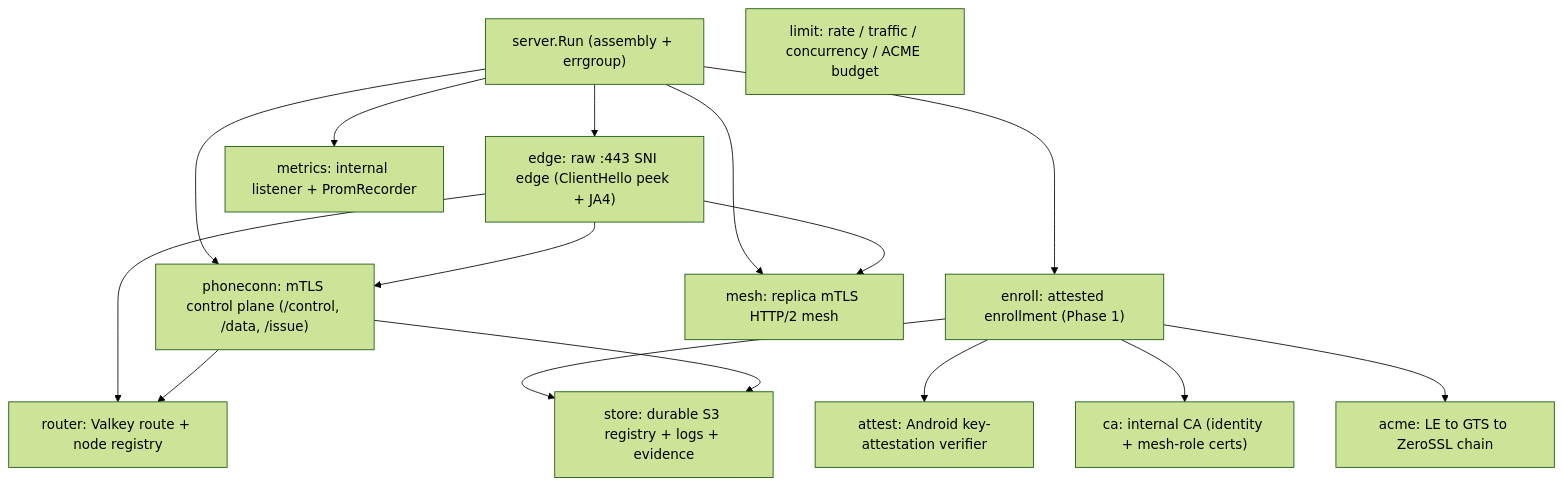
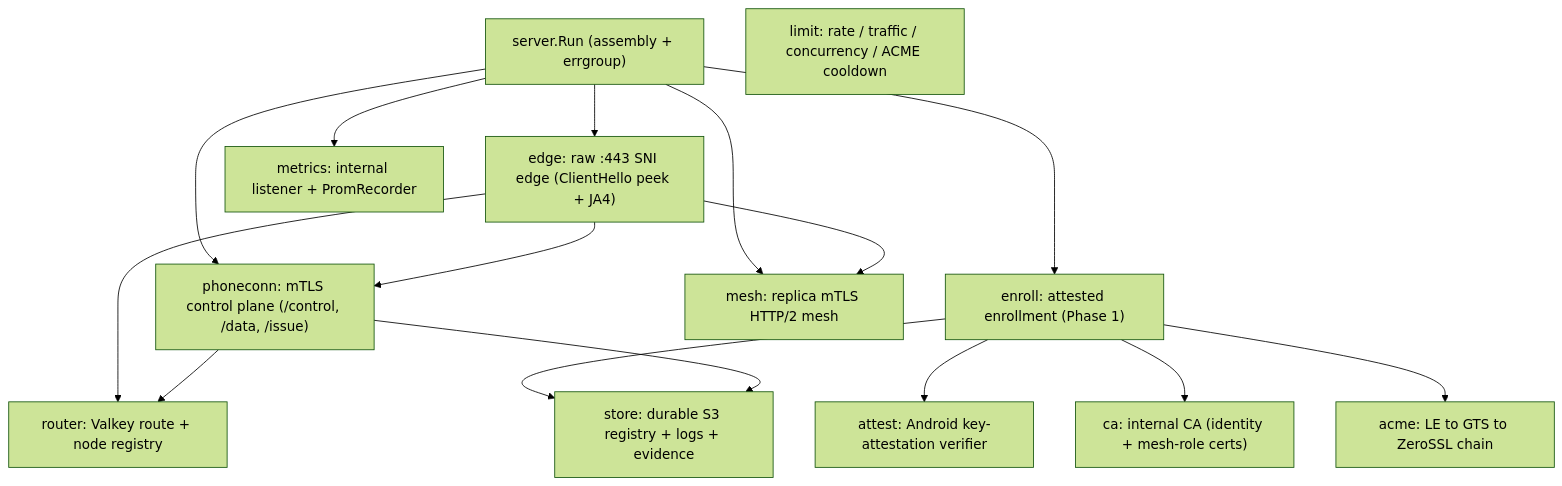
One commit to danielealbano/android-remote-control-mcp-tunneld changed the first of 3 diagrams in docs/ARCHITECTURE.md. Above: the diagram before and after it, drawn with Mermaid (forest theme). The commit also changed other lines of this file and 8 other files, not shown here.

````diff
--- a/docs/ARCHITECTURE.md
+++ b/docs/ARCHITECTURE.md
@@ -13,30 +13,30 @@
 ```mermaid
 flowchart TD
   run["server.Run (assembly + errgroup)"]
   edge["edge: raw :443 SNI edge (ClientHello peek + JA4)"]
   enroll["enroll: attested enrollment (Phase 1)"]
   phone["phoneconn: mTLS control plane (/control, /data, /issue)"]
   mesh["mesh: replica mTLS HTTP/2 mesh"]
   acme["acme: LE to GTS to ZeroSSL chain"]
   attest["attest: Android key-attestation verifier"]
   ca["ca: internal CA (identity + mesh-role certs)"]
   router["router: Valkey route + node registry"]
-  limit["limit: rate / traffic / concurrency / ACME budget"]
+  limit["limit: rate / traffic / concurrency / ACME cooldown"]
   store["store: durable S3 registry + logs + evidence"]
   metrics["metrics: internal listener + PromRecorder"]
 
   run --> edge
   run --> enroll
   run --> phone
   run --> mesh
   run --> metrics
   edge --> router
   edge --> phone
   edge --> mesh
   enroll --> attest
   enroll --> ca
   enroll --> acme
   enroll --> store
   phone --> router
   phone --> store
 ```
````
